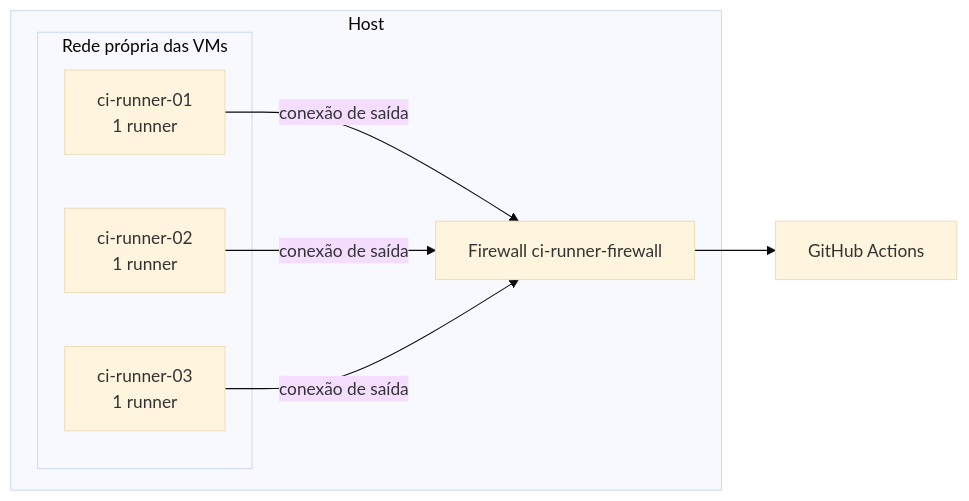
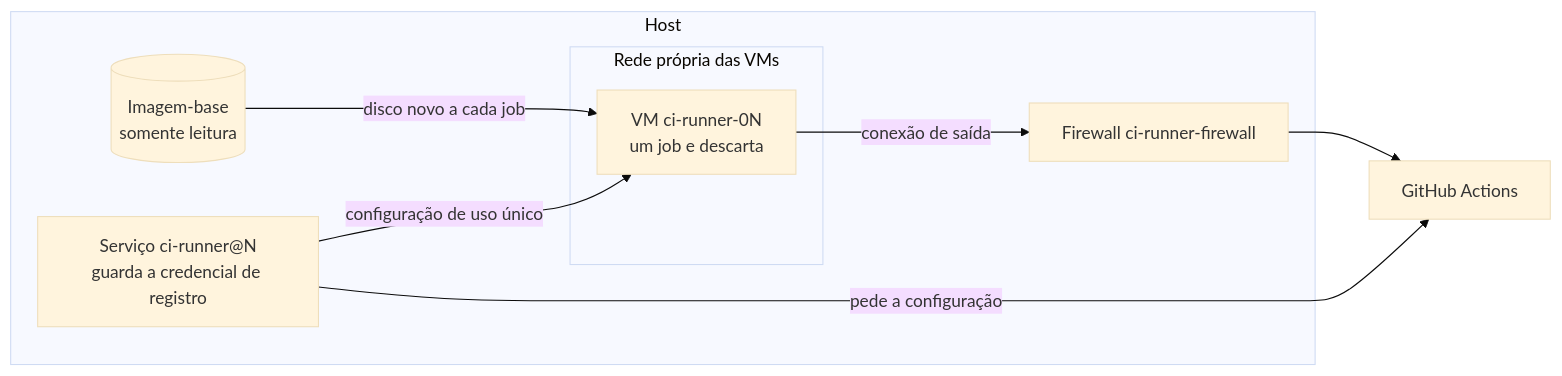
One commit to evocode-ia/evocode-ci changed the diagram in docs/runners.md. Above: the diagram before and after it, drawn with Mermaid (base theme). The commit also changed other lines of this file and 12 other files, not shown here.

````diff
--- a/docs/runners.md
+++ b/docs/runners.md
@@ -69,13 +71,16 @@
 ```mermaid
 flowchart LR
   gh["GitHub Actions"]
   subgraph host["Host"]
+    ciclo["Serviço ci-runner@N<br/>guarda a credencial de registro"]
+    base[("Imagem-base<br/>somente leitura")]
     fw["Firewall ci-runner-firewall"]
     subgraph rede["Rede própria das VMs"]
-      r1["ci-runner-01<br/>1 runner"]
-      r2["ci-runner-02<br/>1 runner"]
-      r3["ci-runner-03<br/>1 runner"]
+      vm["VM ci-runner-0N<br/>um job e descarta"]
     end
   end
-  r1 & r2 & r3 -- "conexão de saída" --> fw --> gh
+  base -- "disco novo a cada job" --> vm
+  ciclo -- "configuração de uso único" --> vm
+  vm -- "conexão de saída" --> fw --> gh
+  ciclo -- "pede a configuração" --> gh
 ```
````
